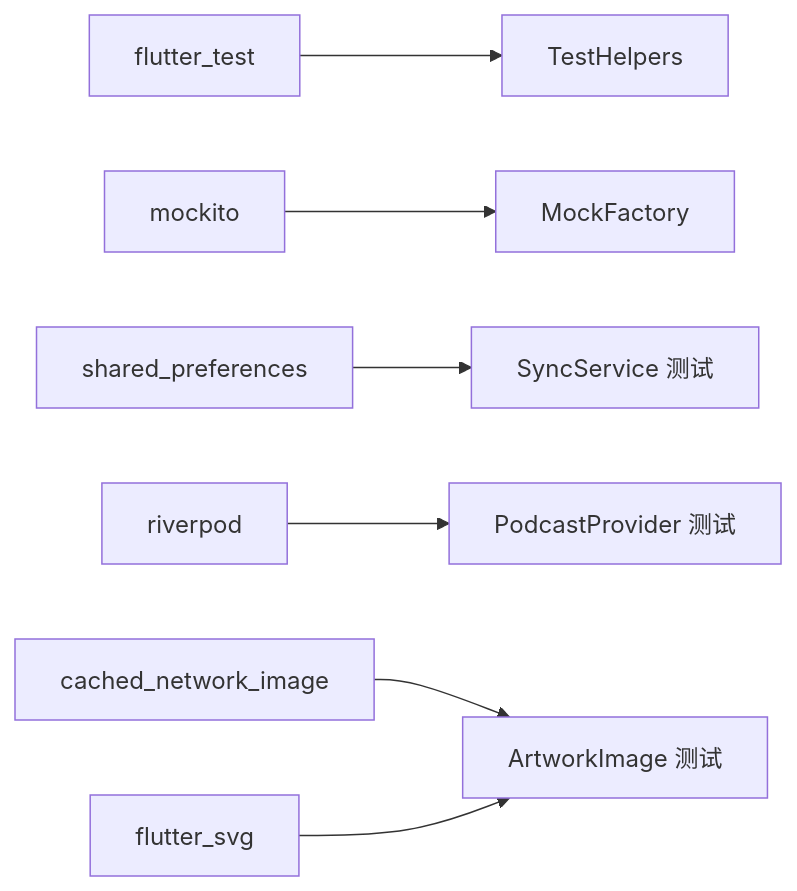
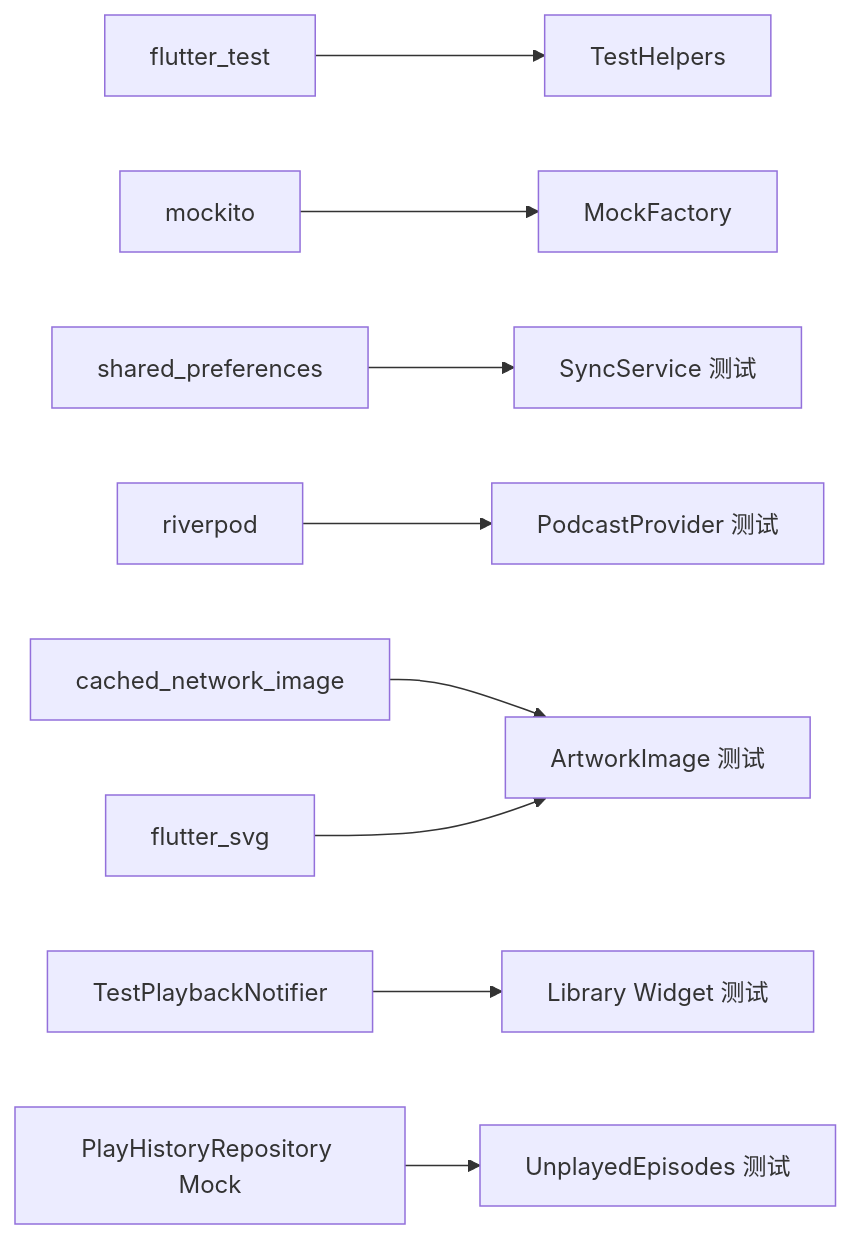
Before and after one commit to ZTfer/Tinycast: diagram 11 of 11 in .qoder/repowiki/zh/content/开发指南/测试策略.md, drawn with Mermaid. The commit also changed other lines of this file and 187 other files, not shown here.

````diff
--- a/.qoder/repowiki/zh/content/开发指南/测试策略.md
+++ b/.qoder/repowiki/zh/content/开发指南/测试策略.md
@@ -284,9 +364,11 @@
 ```mermaid
 graph LR
 FT["flutter_test"] --> TH["TestHelpers"]
 MK["mockito"] --> MF["MockFactory"]
 SP["shared_preferences"] --> SS["SyncService 测试"]
 RP["riverpod"] --> PP["PodcastProvider 测试"]
 CN["cached_network_image"] --> AI["ArtworkImage 测试"]
 SVG["flutter_svg"] --> AI
+TPN["TestPlaybackNotifier"] --> LIB["Library Widget 测试"]
+PHR["PlayHistoryRepository Mock"] --> UEP["UnplayedEpisodes 测试"]
 ```
````
